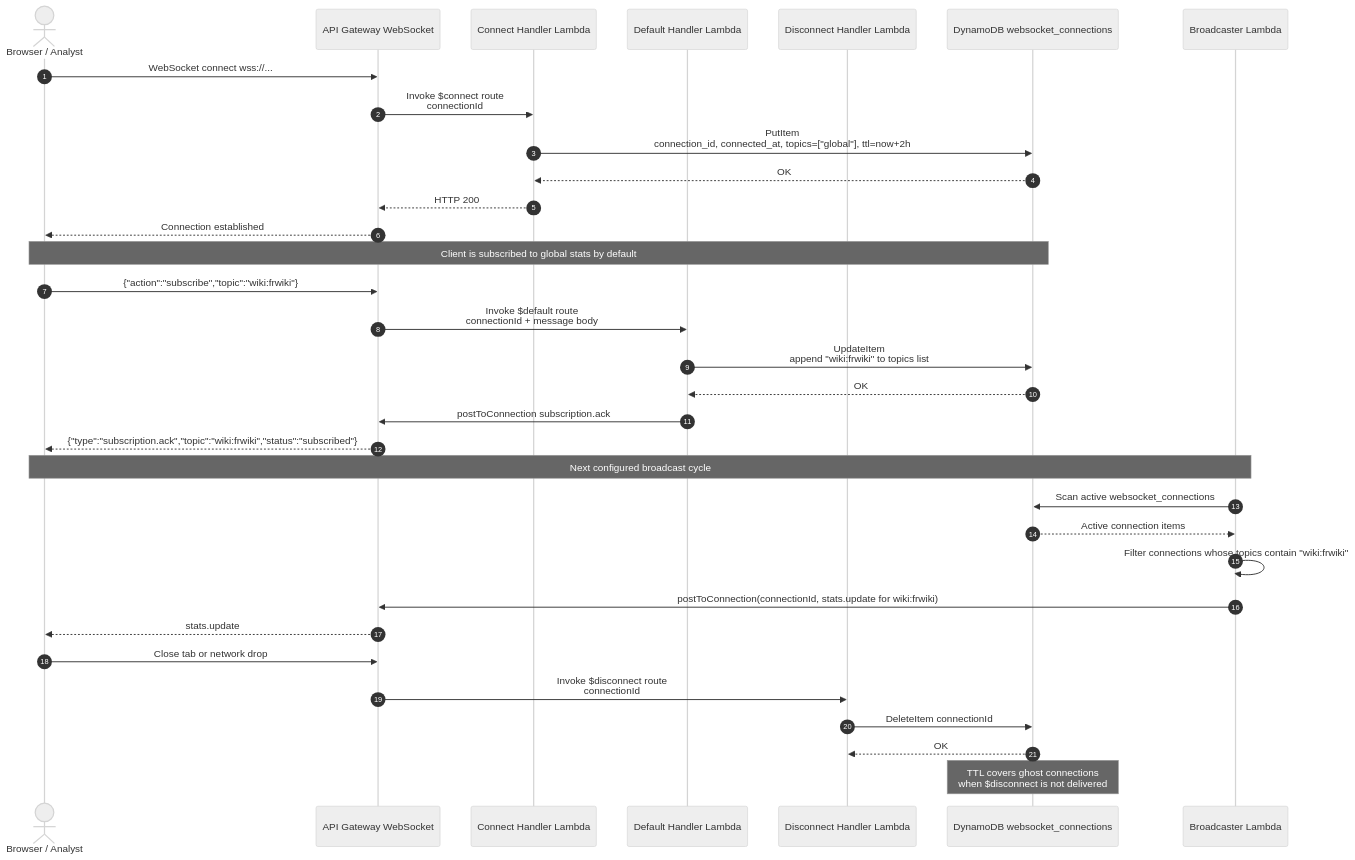
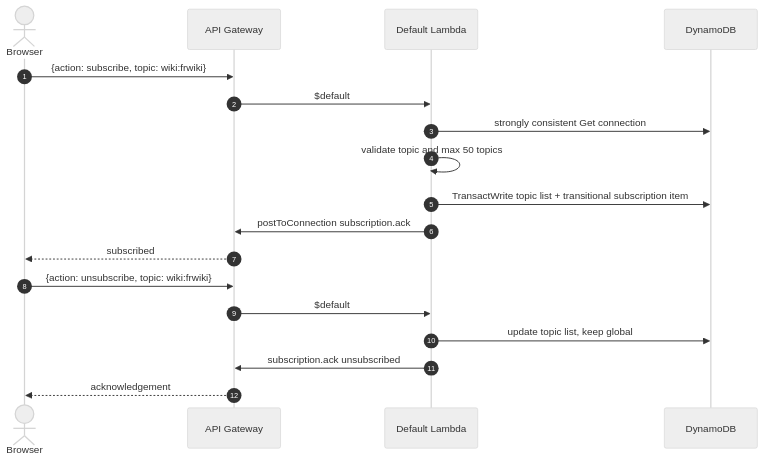
The ninth of 14 diagrams in documentation/sequence-diagrams.md (TalelKarim/realtime-media-analytics-platform), drawn with Mermaid (neutral theme) before and after one commit. The commit also changed other lines of this file and 43 other files, not shown here.

````diff
--- a/documentation/sequence-diagrams.md
+++ b/documentation/sequence-diagrams.md
@@ -91,43 +240,22 @@
 ```mermaid
 sequenceDiagram
   autonumber
-  actor User as Browser / Analyst
-  participant AGW as API Gateway WebSocket
-  participant CNX as Connect Handler Lambda
-  participant DEF as Default Handler Lambda
-  participant DCN as Disconnect Handler Lambda
-  participant DBC as DynamoDB websocket_connections
-  participant BRD as Broadcaster Lambda
+  actor UI as Browser
+  participant AGW as API Gateway
+  participant DF as Default Lambda
+  participant DDB as DynamoDB
 
-  User->>AGW: WebSocket connect wss://...
-  AGW->>CNX: Invoke $connect route<br/>connectionId
-  CNX->>DBC: PutItem<br/>connection_id, connected_at, topics=["global"], ttl=now+2h
-  DBC-->>CNX: OK
-  CNX-->>AGW: HTTP 200
-  AGW-->>User: Connection established
+  UI->>AGW: {action: subscribe, topic: wiki:frwiki}
+  AGW->>DF: $default
+  DF->>DDB: strongly consistent Get connection
+  DF->>DF: validate topic and max 50 topics
+  DF->>DDB: TransactWrite topic list + transitional subscription item
+  DF->>AGW: postToConnection subscription.ack
+  AGW-->>UI: subscribed
 
-  Note over User,DBC: Client is subscribed to global stats by default
-
-  User->>AGW: {"action":"subscribe","topic":"wiki:frwiki"}
-  AGW->>DEF: Invoke $default route<br/>connectionId + message body
-  DEF->>DBC: UpdateItem<br/>append "wiki:frwiki" to topics list
-  DBC-->>DEF: OK
-  DEF->>AGW: postToConnection subscription.ack
-  AGW-->>User: {"type":"subscription.ack","topic":"wiki:frwiki","status":"subscribed"}
-
-  Note over BRD,User: Next configured broadcast cycle
-
-  BRD->>DBC: Scan active websocket_connections
-  DBC-->>BRD: Active connection items
-  BRD->>BRD: Filter connections whose topics contain "wiki:frwiki"
-
-  BRD->>AGW: postToConnection(connectionId, stats.update for wiki:frwiki)
-  AGW-->>User: stats.update
-
-  User->>AGW: Close tab or network drop
-  AGW->>DCN: Invoke $disconnect route<br/>connectionId
-  DCN->>DBC: DeleteItem connectionId
-  DBC-->>DCN: OK
-
-  Note over DBC: TTL covers ghost connections<br/>when $disconnect is not delivered
+  UI->>AGW: {action: unsubscribe, topic: wiki:frwiki}
+  AGW->>DF: $default
+  DF->>DDB: update topic list, keep global
+  DF->>AGW: subscription.ack unsubscribed
+  AGW-->>UI: acknowledgement
 ```
````
